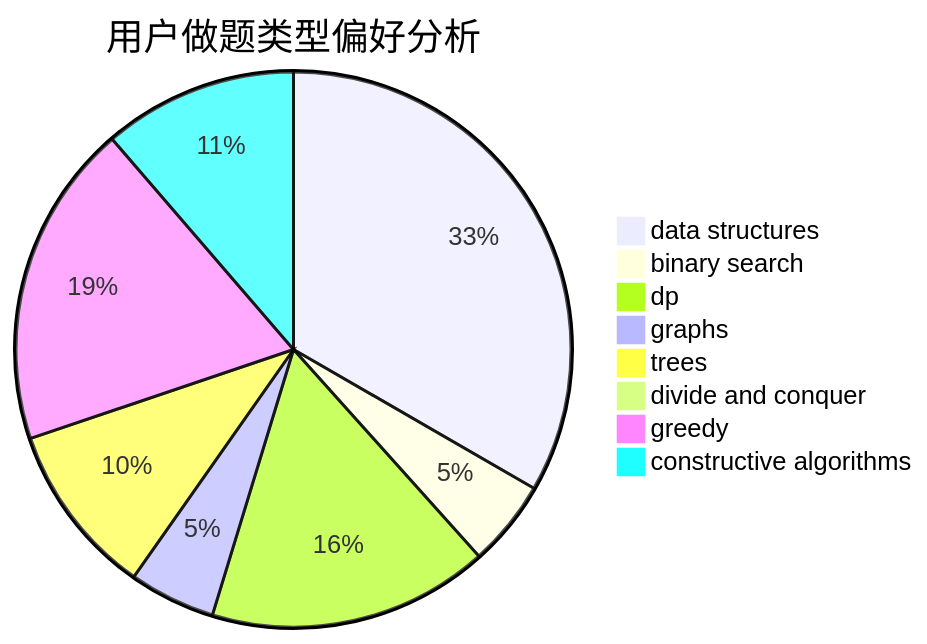
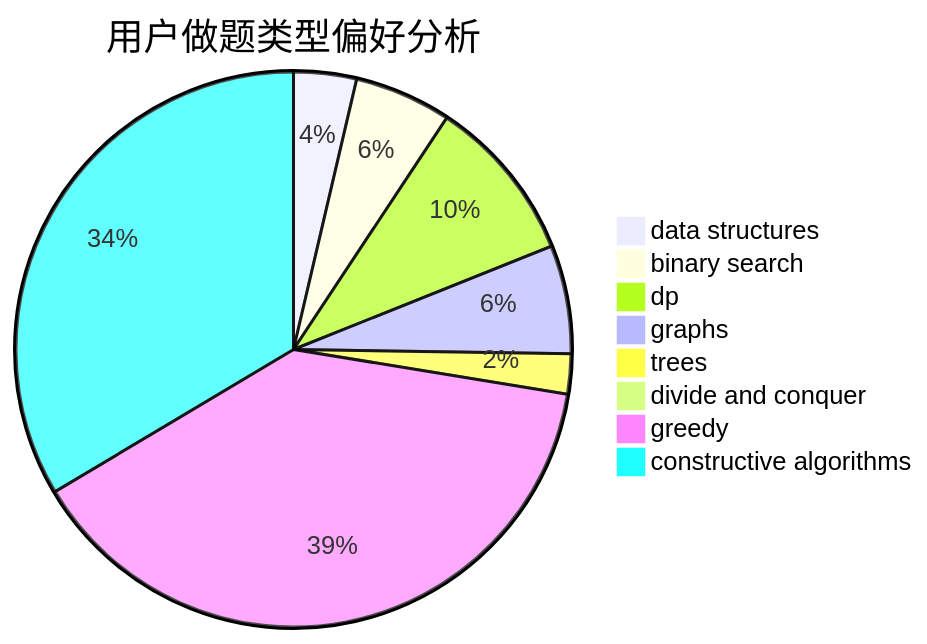
One commit to sherpahu/cfrs.github.io changed the second of 3 diagrams in docs/user/u1199.md. Above: the diagram before and after it, drawn with Mermaid. The commit also changed other lines of this file and 2770 other files, not shown here.

````diff
--- a/docs/user/u1199.md
+++ b/docs/user/u1199.md
@@ -23,11 +23,11 @@
 ```mermaid
 pie title 用户做题类型偏好分析
-    "data structures" :  53
-    "binary search" :  8
-    "dp" :  26
-    "graphs" :  8
-    "trees" :  16
+    "data structures" :  11
+    "binary search" :  17
+    "dp" :  29
+    "graphs" :  19
+    "trees" :  7
     "divide and conquer" :  0
-    "greedy" :  30
-    "constructive algorithms" :  18
+    "greedy" :  117
+    "constructive algorithms" :  101
 ```
````
